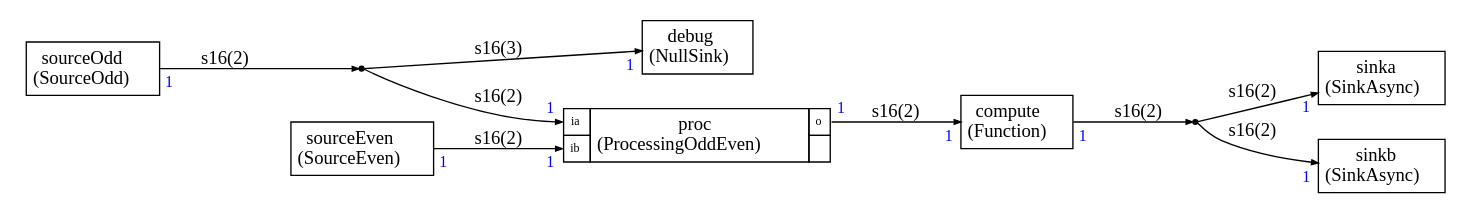
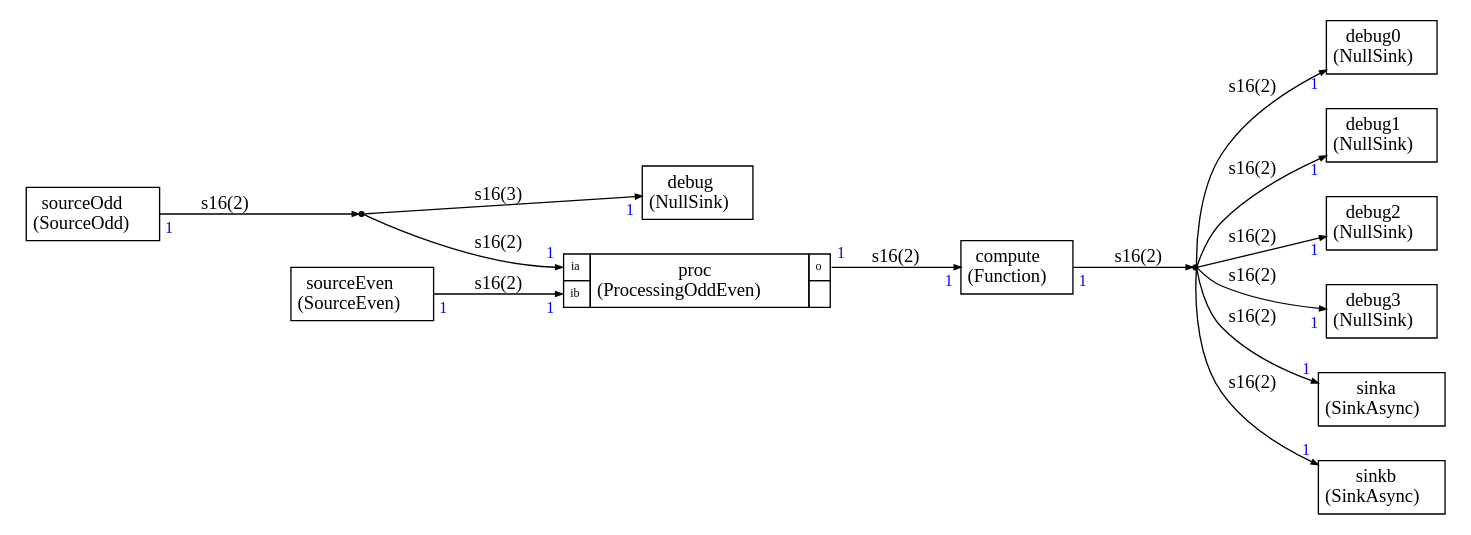
The diagram in Examples/example10/test.dot (ARM-software/CMSIS-Stream), drawn with Graphviz before and after one commit. The commit also changed 32 other files, not shown here.

```diff
--- a/Examples/example10/test.dot
+++ b/Examples/example10/test.dot
@@ -1,125 +1,177 @@
 
 
 
 
 digraph structs {
     node [shape=plaintext]
     rankdir=LR
     edge [arrowsize=0.5]
     fontname="times"
 
 
 compute1 [label=<
 <TABLE BORDER="0" CELLBORDER="1" CELLSPACING="0" CELLPADDING="4">
   <TR>
     <TD ALIGN="CENTER" PORT="i">compute<BR/>(Function)</TD>
   </TR>
 </TABLE>>];
 
 debug [label=<
 <TABLE BORDER="0" CELLBORDER="1" CELLSPACING="0" CELLPADDING="4">
   <TR>
     <TD ALIGN="CENTER" PORT="i">debug<BR/>(NullSink)</TD>
+  </TR>
+</TABLE>>];
+
+debug0 [label=<
+<TABLE BORDER="0" CELLBORDER="1" CELLSPACING="0" CELLPADDING="4">
+  <TR>
+    <TD ALIGN="CENTER" PORT="i">debug0<BR/>(NullSink)</TD>
+  </TR>
+</TABLE>>];
+
+debug1 [label=<
+<TABLE BORDER="0" CELLBORDER="1" CELLSPACING="0" CELLPADDING="4">
+  <TR>
+    <TD ALIGN="CENTER" PORT="i">debug1<BR/>(NullSink)</TD>
+  </TR>
+</TABLE>>];
+
+debug2 [label=<
+<TABLE BORDER="0" CELLBORDER="1" CELLSPACING="0" CELLPADDING="4">
+  <TR>
+    <TD ALIGN="CENTER" PORT="i">debug2<BR/>(NullSink)</TD>
+  </TR>
+</TABLE>>];
+
+debug3 [label=<
+<TABLE BORDER="0" CELLBORDER="1" CELLSPACING="0" CELLPADDING="4">
+  <TR>
+    <TD ALIGN="CENTER" PORT="i">debug3<BR/>(NullSink)</TD>
   </TR>
 </TABLE>>];
 
 dup0 [shape=point,label=dup0]
 
 dup1 [shape=point,label=dup1]
 
 
 proc [label=<
 <TABLE BORDER="0" CELLBORDER="1" CELLSPACING="0" CELLPADDING="4">
   <TR>
     <TD PORT="ia"><FONT POINT-SIZE="9.0">ia</FONT></TD>
     <TD ALIGN="CENTER" ROWSPAN="2">proc<BR/>(ProcessingOddEven)</TD>
     <TD PORT="o"><FONT POINT-SIZE="9.0">o</FONT></TD>
   </TR>
 <TR>
 <TD PORT="ib"><FONT POINT-SIZE="9.0">ib</FONT></TD>
 
  
 <TD></TD></TR>
 
 </TABLE>>];
 
 sinka [label=<
 <TABLE BORDER="0" CELLBORDER="1" CELLSPACING="0" CELLPADDING="4">
   <TR>
     <TD ALIGN="CENTER" PORT="i">sinka<BR/>(SinkAsync)</TD>
   </TR>
 </TABLE>>];
 
 sinkb [label=<
 <TABLE BORDER="0" CELLBORDER="1" CELLSPACING="0" CELLPADDING="4">
   <TR>
     <TD ALIGN="CENTER" PORT="i">sinkb<BR/>(SinkAsync)</TD>
   </TR>
 </TABLE>>];
 
 sourceEven [label=<
 <TABLE BORDER="0" CELLBORDER="1" CELLSPACING="0" CELLPADDING="4">
   <TR>
     <TD ALIGN="CENTER" PORT="i">sourceEven<BR/>(SourceEven)</TD>
   </TR>
 </TABLE>>];
 
 sourceOdd [label=<
 <TABLE BORDER="0" CELLBORDER="1" CELLSPACING="0" CELLPADDING="4">
   <TR>
     <TD ALIGN="CENTER" PORT="i">sourceOdd<BR/>(SourceOdd)</TD>
   </TR>
 </TABLE>>];
 
 
 
 sourceEven:i -> proc:ib [label="s16(2)"
 ,headlabel=<<TABLE BORDER="0" CELLPADDING="2"><TR><TD><FONT COLOR="blue" POINT-SIZE="12.0" >1</FONT>
 </TD></TR></TABLE>>
 ,taillabel=<<TABLE BORDER="0" CELLPADDING="2"><TR><TD><FONT COLOR="blue" POINT-SIZE="12.0" >1</FONT>
 </TD></TR></TABLE>>]
 
 proc:o -> compute1:i [label="s16(2)"
 ,headlabel=<<TABLE BORDER="0" CELLPADDING="2"><TR><TD><FONT COLOR="blue" POINT-SIZE="12.0" >1</FONT>
 </TD></TR></TABLE>>
 ,taillabel=<<TABLE BORDER="0" CELLPADDING="2"><TR><TD><FONT COLOR="blue" POINT-SIZE="12.0" >1</FONT>
 </TD></TR></TABLE>>]
 
 sourceOdd:i ->  
 dup0 [label="s16(2)"
 
 ,taillabel=<<TABLE BORDER="0" CELLPADDING="2"><TR><TD><FONT COLOR="blue" POINT-SIZE="12.0" >1</FONT>
 </TD></TR></TABLE>>]
 
  
 dup0 -> proc:ia [label="s16(2)"
 ,headlabel=<<TABLE BORDER="0" CELLPADDING="2"><TR><TD><FONT COLOR="blue" POINT-SIZE="12.0" >1</FONT>
 </TD></TR></TABLE>>
 ]
 
  
 dup0 -> debug:i [label="s16(3)"
 ,headlabel=<<TABLE BORDER="0" CELLPADDING="2"><TR><TD><FONT COLOR="blue" POINT-SIZE="12.0" >1</FONT>
 </TD></TR></TABLE>>
 ]
 
 compute1:i ->  
 dup1 [label="s16(2)"
 
 ,taillabel=<<TABLE BORDER="0" CELLPADDING="2"><TR><TD><FONT COLOR="blue" POINT-SIZE="12.0" >1</FONT>
 </TD></TR></TABLE>>]
 
  
 dup1 -> sinka:i [label="s16(2)"
 ,headlabel=<<TABLE BORDER="0" CELLPADDING="2"><TR><TD><FONT COLOR="blue" POINT-SIZE="12.0" >1</FONT>
 </TD></TR></TABLE>>
 ]
 
  
 dup1 -> sinkb:i [label="s16(2)"
 ,headlabel=<<TABLE BORDER="0" CELLPADDING="2"><TR><TD><FONT COLOR="blue" POINT-SIZE="12.0" >1</FONT>
 </TD></TR></TABLE>>
 ]
 
+ 
+dup1 -> debug0:i [label="s16(2)"
+,headlabel=<<TABLE BORDER="0" CELLPADDING="2"><TR><TD><FONT COLOR="blue" POINT-SIZE="12.0" >1</FONT>
+</TD></TR></TABLE>>
+]
+
+ 
+dup1 -> debug1:i [label="s16(2)"
+,headlabel=<<TABLE BORDER="0" CELLPADDING="2"><TR><TD><FONT COLOR="blue" POINT-SIZE="12.0" >1</FONT>
+</TD></TR></TABLE>>
+]
+
+ 
+dup1 -> debug2:i [label="s16(2)"
+,headlabel=<<TABLE BORDER="0" CELLPADDING="2"><TR><TD><FONT COLOR="blue" POINT-SIZE="12.0" >1</FONT>
+</TD></TR></TABLE>>
+]
+
+ 
+dup1 -> debug3:i [label="s16(2)"
+,headlabel=<<TABLE BORDER="0" CELLPADDING="2"><TR><TD><FONT COLOR="blue" POINT-SIZE="12.0" >1</FONT>
+</TD></TR></TABLE>>
+]
+
 
 }
```
